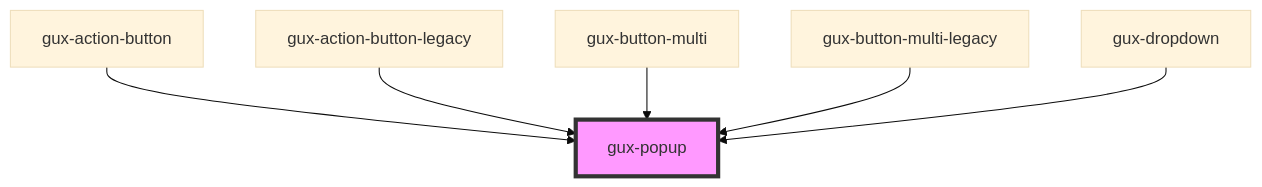
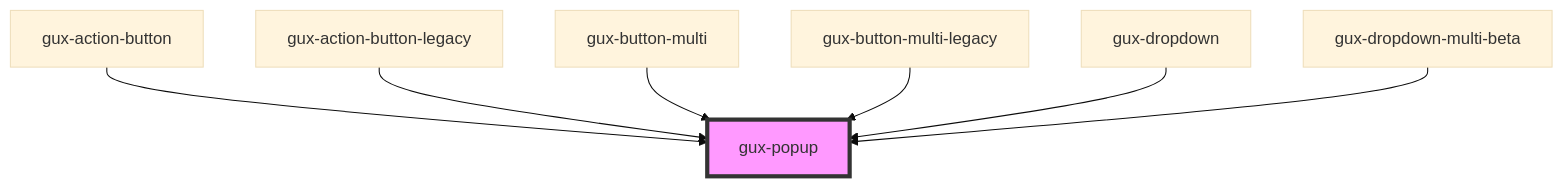
One commit to MyPureCloud/genesys-spark changed the diagram in src/components/stable/gux-popup/readme.md. Above: the diagram before and after it, drawn with Mermaid (base theme). The commit also changed other lines of this file and 71 other files, not shown here.

First line of the commit message:
feat(gux-dropdown-multi): add new multi select component (#785)

````diff
--- a/src/components/stable/gux-popup/readme.md
+++ b/src/components/stable/gux-popup/readme.md
@@ -35,9 +36,10 @@
 ```mermaid
 graph TD;
   gux-action-button --> gux-popup
   gux-action-button-legacy --> gux-popup
   gux-button-multi --> gux-popup
   gux-button-multi-legacy --> gux-popup
   gux-dropdown --> gux-popup
+  gux-dropdown-multi-beta --> gux-popup
   style gux-popup fill:#f9f,stroke:#333,stroke-width:4px
 ```
````
